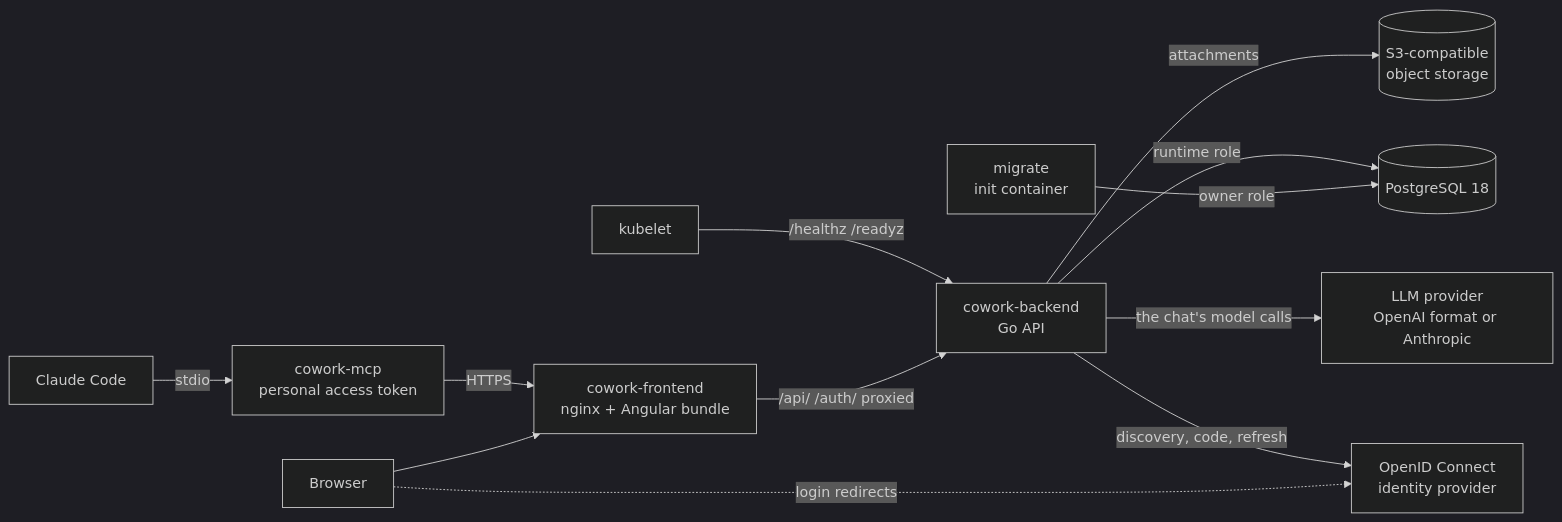
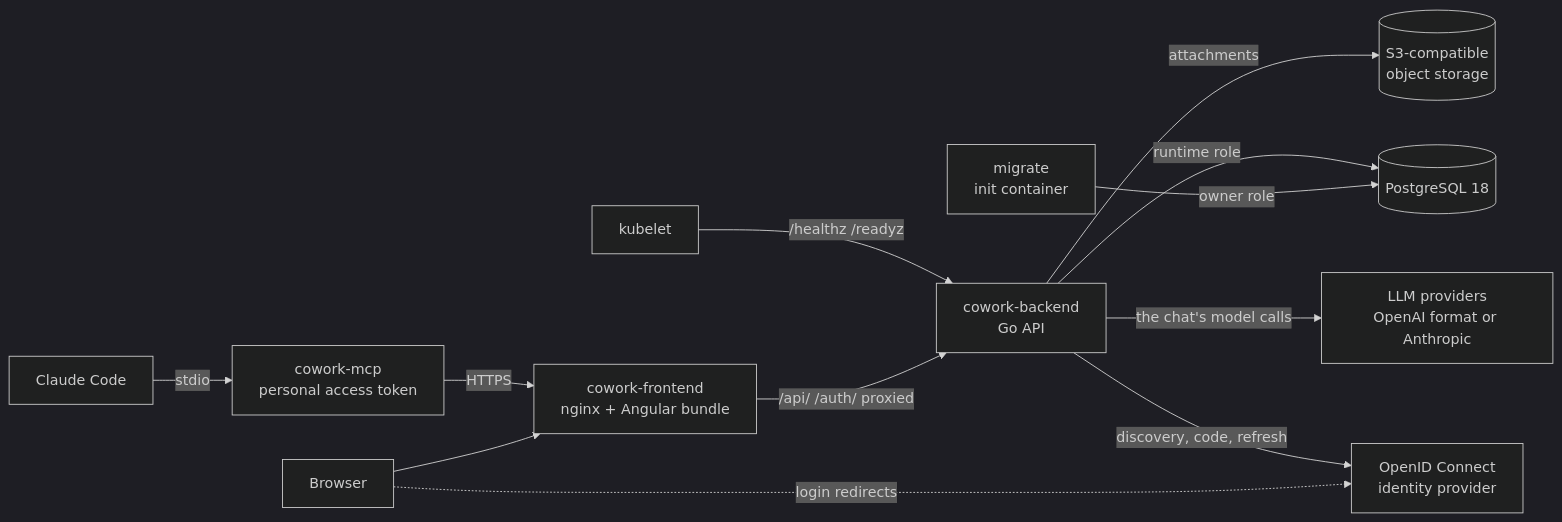
Before and after one commit to guided-traffic/cowork: the diagram in README.md, drawn with Mermaid (dark theme). The commit also changed other lines of this file and 37 other files, not shown here.

````diff
--- a/README.md
+++ b/README.md
@@ -31,14 +32,14 @@
 ```mermaid
 flowchart LR
   B[Browser] --> F
   B -.->|login redirects| I[OpenID Connect<br/>identity provider]
   C[Claude Code] -->|stdio| X[cowork-mcp<br/>personal access token]
   X -->|HTTPS| F
   F[cowork-frontend<br/>nginx + Angular bundle] -->|/api/ /auth/ proxied| S
   K[kubelet] -->|/healthz /readyz| S
   M[migrate<br/>init container] -->|owner role| P
   S[cowork-backend<br/>Go API] -->|runtime role| P[(PostgreSQL 18)]
   S -->|attachments| O[(S3-compatible<br/>object storage)]
   S -->|discovery, code, refresh| I
-  S -->|the chat's model calls| L[LLM provider<br/>OpenAI format or Anthropic]
+  S -->|the chat's model calls| L[LLM providers<br/>OpenAI format or Anthropic]
 ```
````
